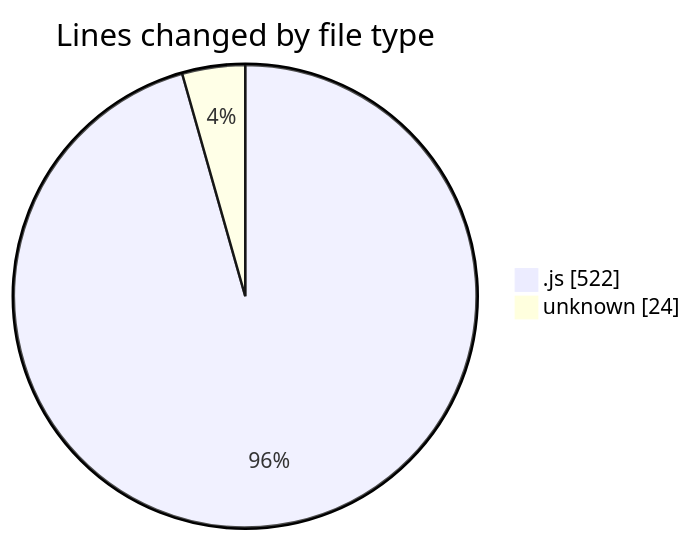
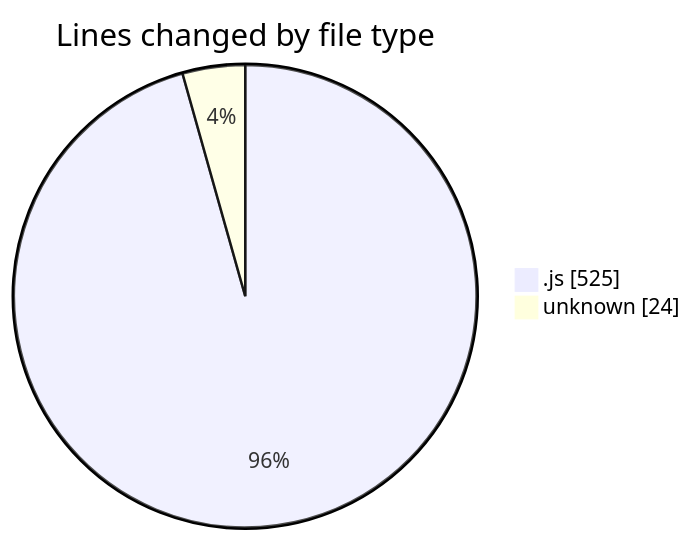
The first of 2 diagrams in 2025-02-03/cda/README.md (momahboobian/code-tracking), drawn with Mermaid before and after one commit. The commit also changed other lines of this file and 1 other file, not shown here.

````diff
--- a/2025-02-03/cda/README.md
+++ b/2025-02-03/cda/README.md
@@ -24,6 +24,6 @@
 ```mermaid
 pie showData
 title Lines changed by file type
-".js" : 522
+".js" : 525
 "unknown" : 24
 ```
````
